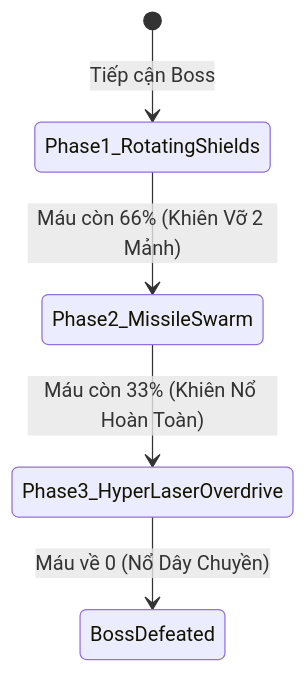
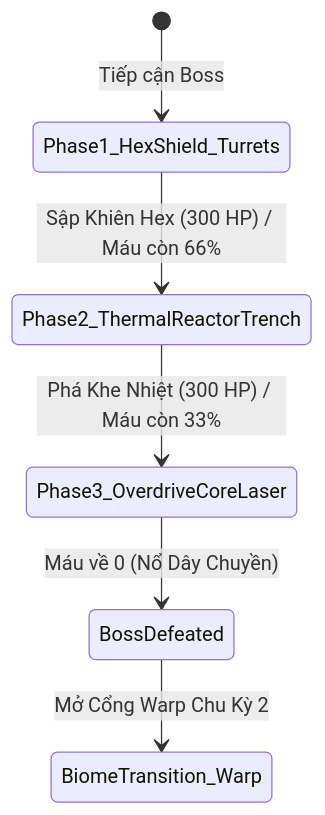
The third of 3 diagrams in LEVEL_DESIGN_SPECIFICATION.md (longkepro/3D-space-shooter), drawn with Mermaid before and after one commit. The commit also changed other lines of this file and 114 other files, not shown here.

````diff
--- a/LEVEL_DESIGN_SPECIFICATION.md
+++ b/LEVEL_DESIGN_SPECIFICATION.md
@@ -230,7 +223,8 @@
 ```mermaid
 stateDiagram-v2
-    [*] --> Phase1_RotatingShields: Tiếp cận Boss
-    Phase1_RotatingShields --> Phase2_MissileSwarm: Máu còn 66% (Khiên Vỡ 2 Mảnh)
-    Phase2_MissileSwarm --> Phase3_HyperLaserOverdrive: Máu còn 33% (Khiên Nổ Hoàn Toàn)
-    Phase3_HyperLaserOverdrive --> BossDefeated: Máu về 0 (Nổ Dây Chuyền)
+    [*] --> Phase1_HexShield_Turrets: Tiếp cận Boss
+    Phase1_HexShield_Turrets --> Phase2_ThermalReactorTrench: Sập Khiên Hex (300 HP) / Máu còn 66%
+    Phase2_ThermalReactorTrench --> Phase3_OverdriveCoreLaser: Phá Khe Nhiệt (300 HP) / Máu còn 33%
+    Phase3_OverdriveCoreLaser --> BossDefeated: Máu về 0 (Nổ Dây Chuyền)
+    BossDefeated --> BiomeTransition_Warp: Mở Cổng Warp Chu Kỳ 2
 ```
````
